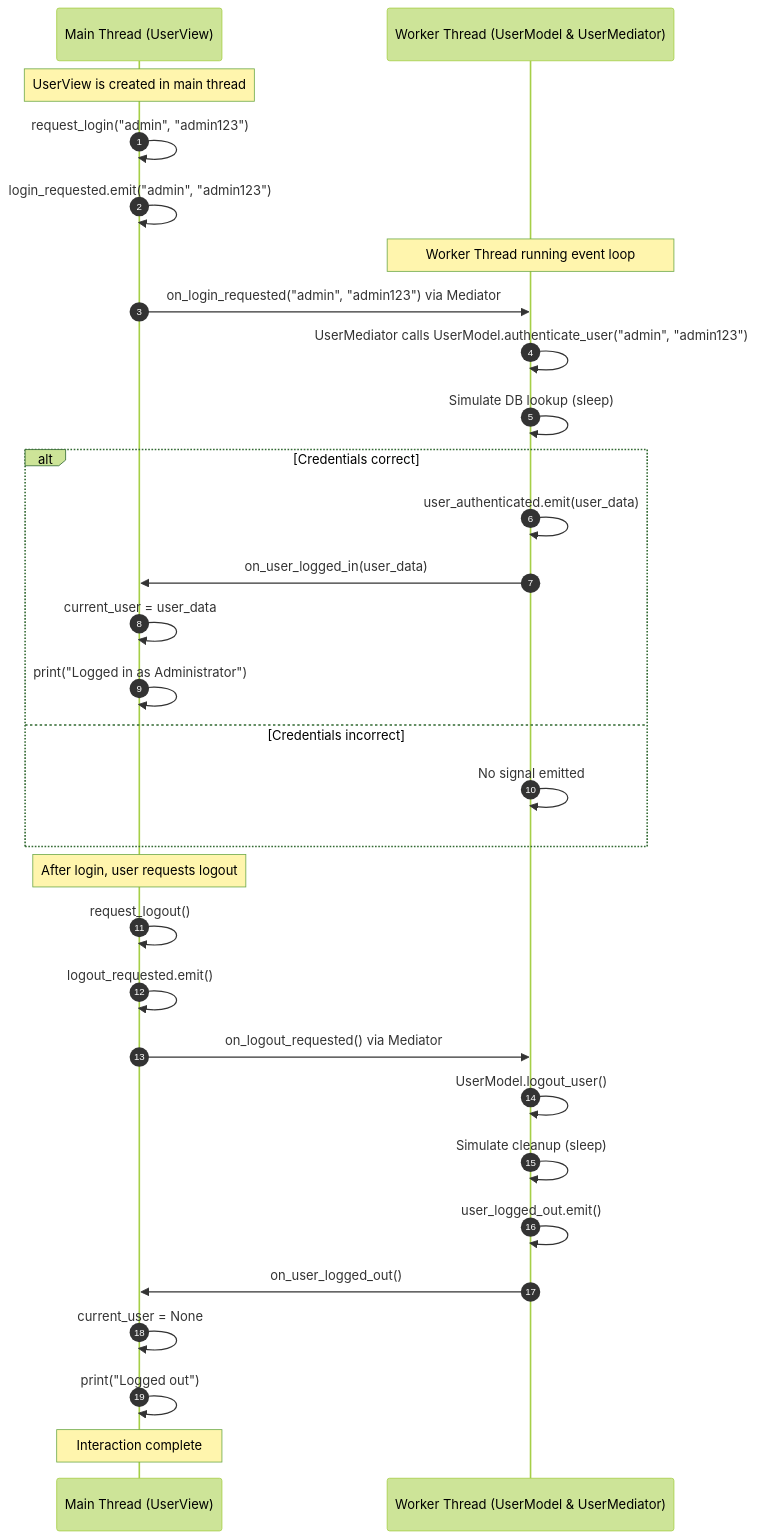
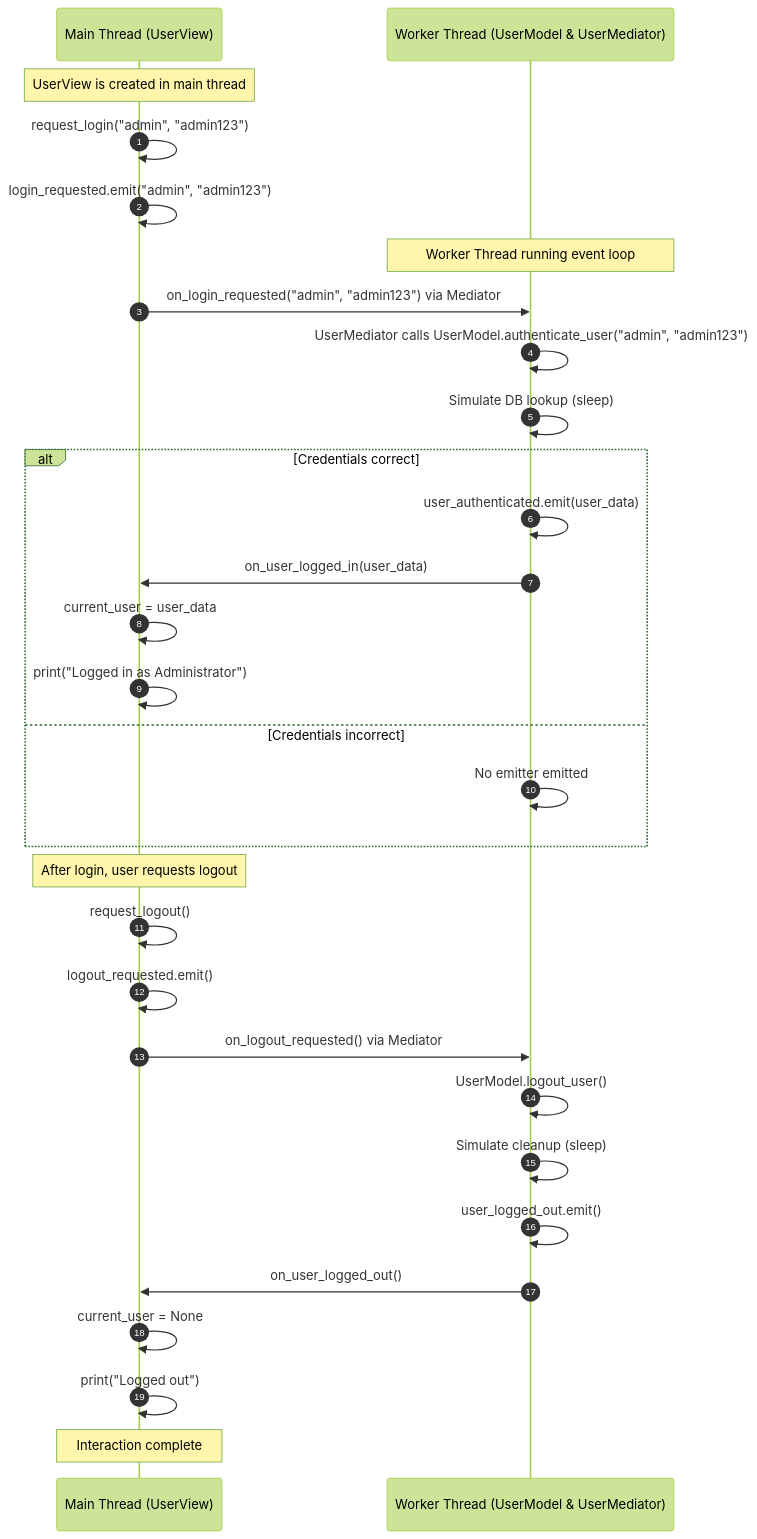
The fifth of 12 diagrams in docs/examples.md (nexconnectio/pynnex), drawn with Mermaid (forest theme) before and after one commit. The commit also changed other lines of this file and 43 other files, not shown here.

First line of the commit message:
refactor: rename signal/slot to emitter/listener (#10)

````diff
--- a/docs/examples.md
+++ b/docs/examples.md
@@ -235,38 +243,38 @@
 ```mermaid
 sequenceDiagram
     autonumber
     participant M as Main Thread (UserView)
     participant W as Worker Thread (UserModel & UserMediator)
 
     Note over M: UserView is created in main thread
     M->>M: request_login("admin", "admin123")
     M->>M: login_requested.emit("admin", "admin123")
 
     Note over W: Worker Thread running event loop
     M->>W: on_login_requested("admin", "admin123") via Mediator
     W->>W: UserMediator calls UserModel.authenticate_user("admin", "admin123")
     W->>W: Simulate DB lookup (sleep)
     alt Credentials correct
         W->>W: user_authenticated.emit(user_data)
         W->>M: on_user_logged_in(user_data)
         M->>M: current_user = user_data
         M->>M: print("Logged in as Administrator")
     else Credentials incorrect
-        W->>W: No signal emitted
+        W->>W: No emitter emitted
     end
 
     Note over M: After login, user requests logout
     M->>M: request_logout()
     M->>M: logout_requested.emit()
 
     M->>W: on_logout_requested() via Mediator
     W->>W: UserModel.logout_user()
     W->>W: Simulate cleanup (sleep)
     W->>W: user_logged_out.emit()
 
     W->>M: on_user_logged_out()
     M->>M: current_user = None
     M->>M: print("Logged out")
 
     Note over M: Interaction complete
 ```
````
